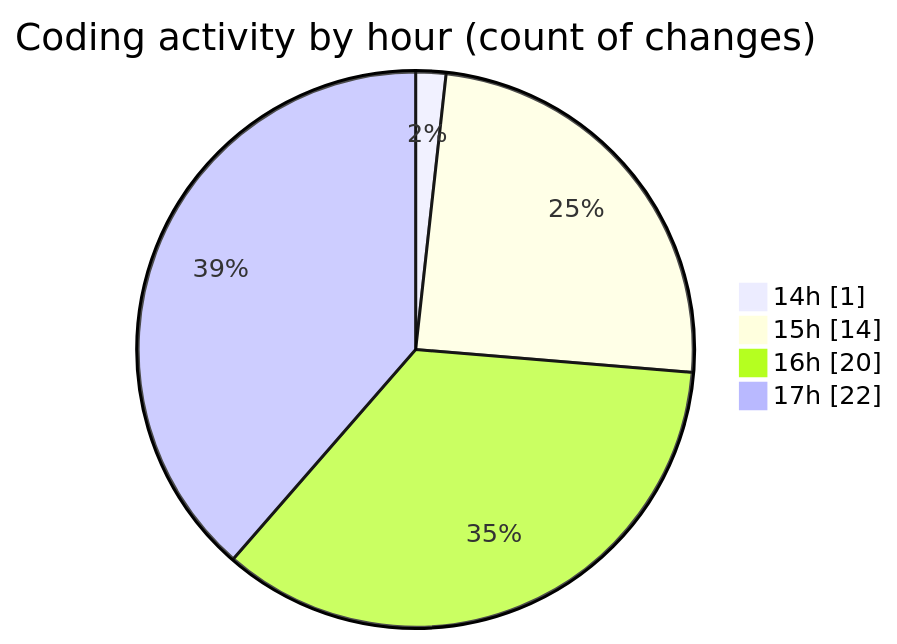
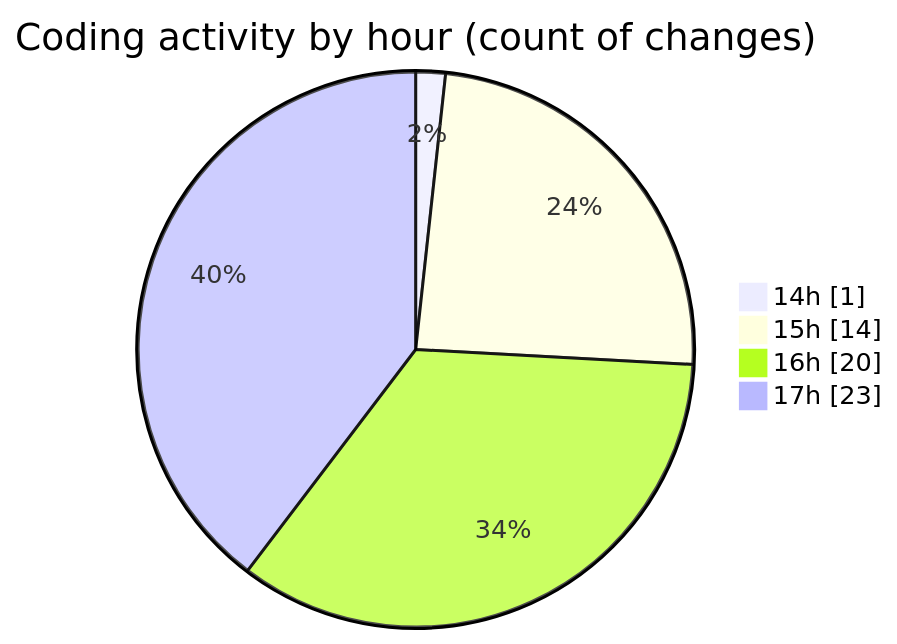
One commit to nxtqubesakshisongat/code-tracking changed the second of 2 diagrams in 2025-05-12/argos-dev/README.md. Above: the diagram before and after it, drawn with Mermaid. The commit also changed other lines of this file and 1 other file, not shown here.

````diff
--- a/2025-05-12/argos-dev/README.md
+++ b/2025-05-12/argos-dev/README.md
@@ -34,8 +34,8 @@
 ```mermaid
 pie showData
 title Coding activity by hour (count of changes)
 "14h" : 1
 "15h" : 14
 "16h" : 20
-"17h" : 22
+"17h" : 23
 ```
````
